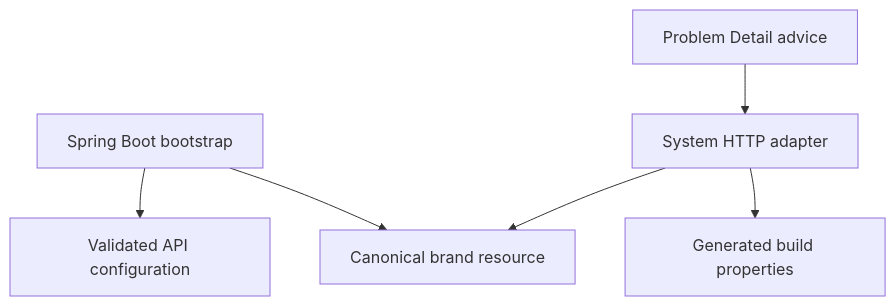
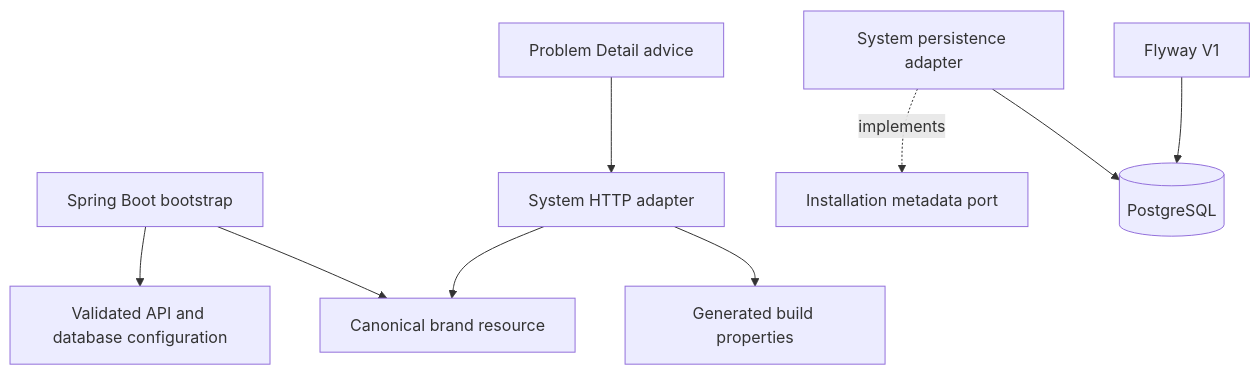
One commit to kereszteszsolt/nook-forge-ai changed the first of 5 diagrams in docs/architecture.md. Above: the diagram before and after it, drawn with Mermaid. The commit also changed other lines of this file and 34 other files, not shown here.

Commit message:
feat(nfa-004): add PostgreSQL and Flyway foundation

````diff
--- a/docs/architecture.md
+++ b/docs/architecture.md
@@ -7,8 +7,11 @@
 ```mermaid
 flowchart TB
-    BOOT[Spring Boot bootstrap] --> CONFIG[Validated API configuration]
+    BOOT[Spring Boot bootstrap] --> CONFIG[Validated API and database configuration]
     BOOT --> BRAND[Canonical brand resource]
     HTTP[System HTTP adapter] --> BRAND
     HTTP --> BUILD[Generated build properties]
     ERRORS[Problem Detail advice] --> HTTP
+    PERSIST[System persistence adapter] -. implements .-> STORE[Installation metadata port]
+    PERSIST --> DB[(PostgreSQL)]
+    FLYWAY[Flyway V1] --> DB
 ```
````
